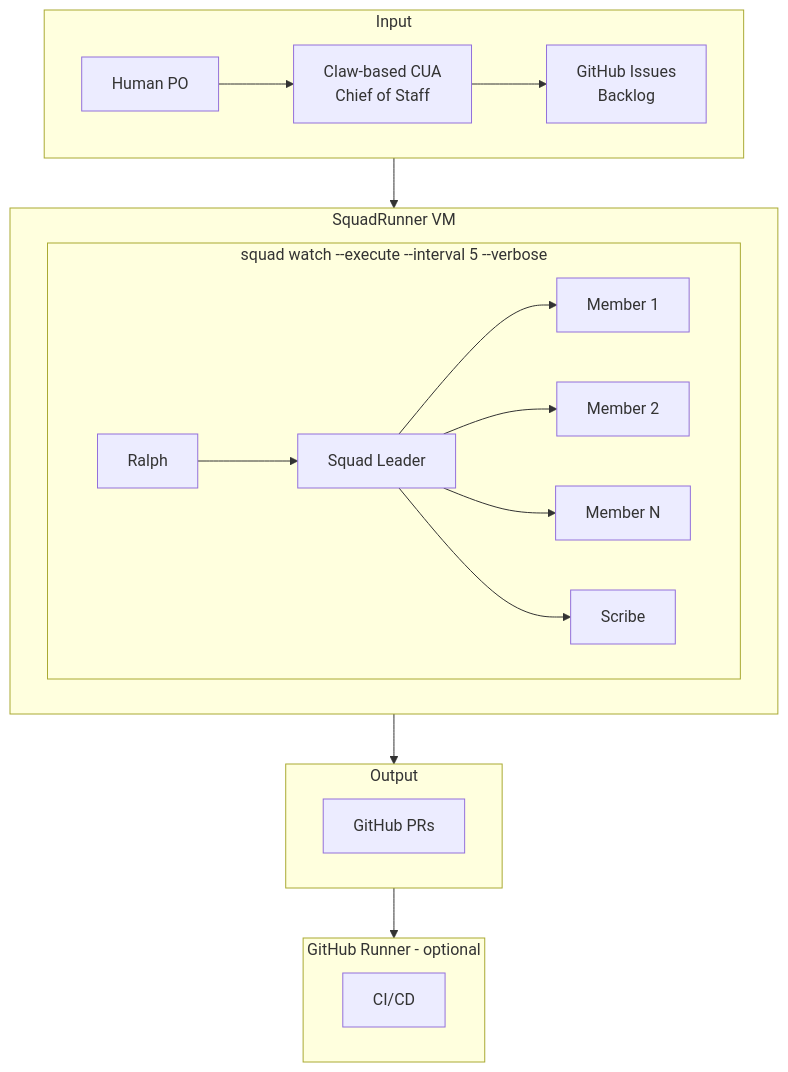
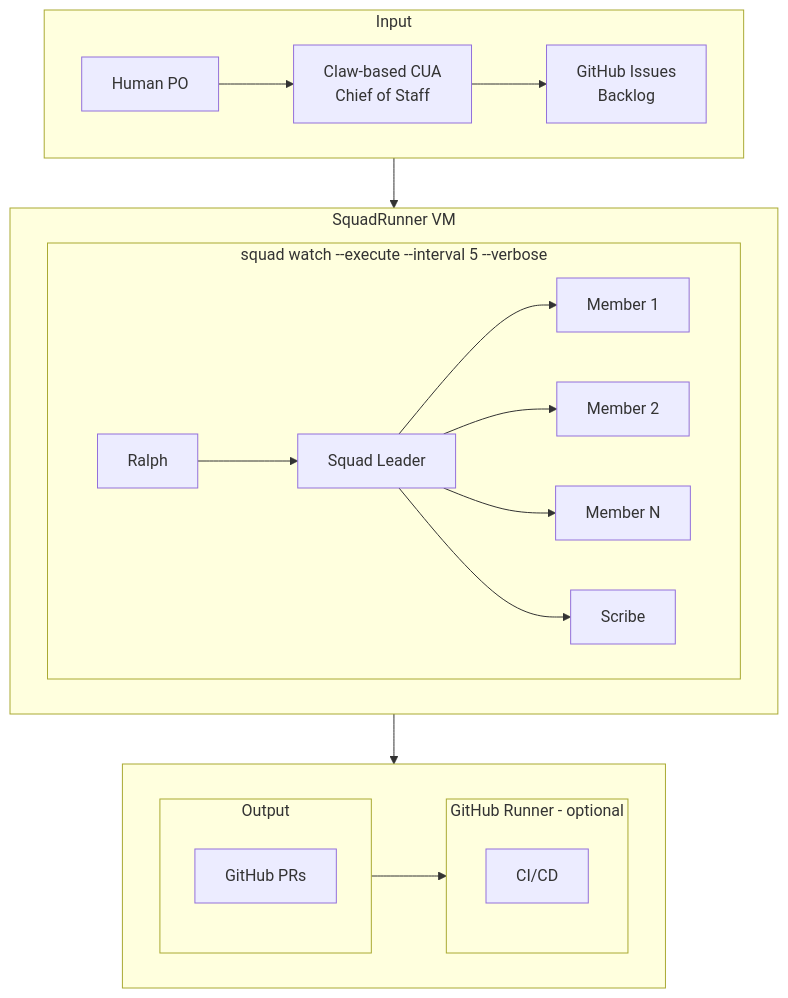
Before and after one commit to TheeUnderdog/SquadRunner: the diagram in README.md, drawn with Mermaid.

Commit message:
Output and Runner boxes horizontal, Runner to the right

````diff
--- a/README.md
+++ b/README.md
@@ -19,31 +19,33 @@
 ```mermaid
 flowchart TD
     subgraph Input
         direction LR
         H[Human PO] --> CUA[Claw-based CUA<br/>Chief of Staff] --> GH[GitHub Issues<br/>Backlog]
     end
     
     Input --> VM
     
     subgraph VM[SquadRunner VM]
         subgraph SW[squad watch --execute --interval 5 --verbose]
             direction LR
             R[Ralph] --> SL[Squad Leader]
             SL --> M1[Member 1]
             SL --> M2[Member 2]
             SL --> MN[Member N]
             SL --> SC[Scribe]
         end
     end
     
-    VM --> Output
-    Output --> Runner
+    VM --> Bottom
     
-    subgraph Output
-        PR[GitHub PRs]
-    end
-    
-    subgraph Runner[GitHub Runner - optional]
-        CI[CI/CD]
+    subgraph Bottom[ ]
+        direction LR
+        subgraph Output
+            PR[GitHub PRs]
+        end
+        Output --> Runner
+        subgraph Runner[GitHub Runner - optional]
+            CI[CI/CD]
+        end
     end
 ```
````
